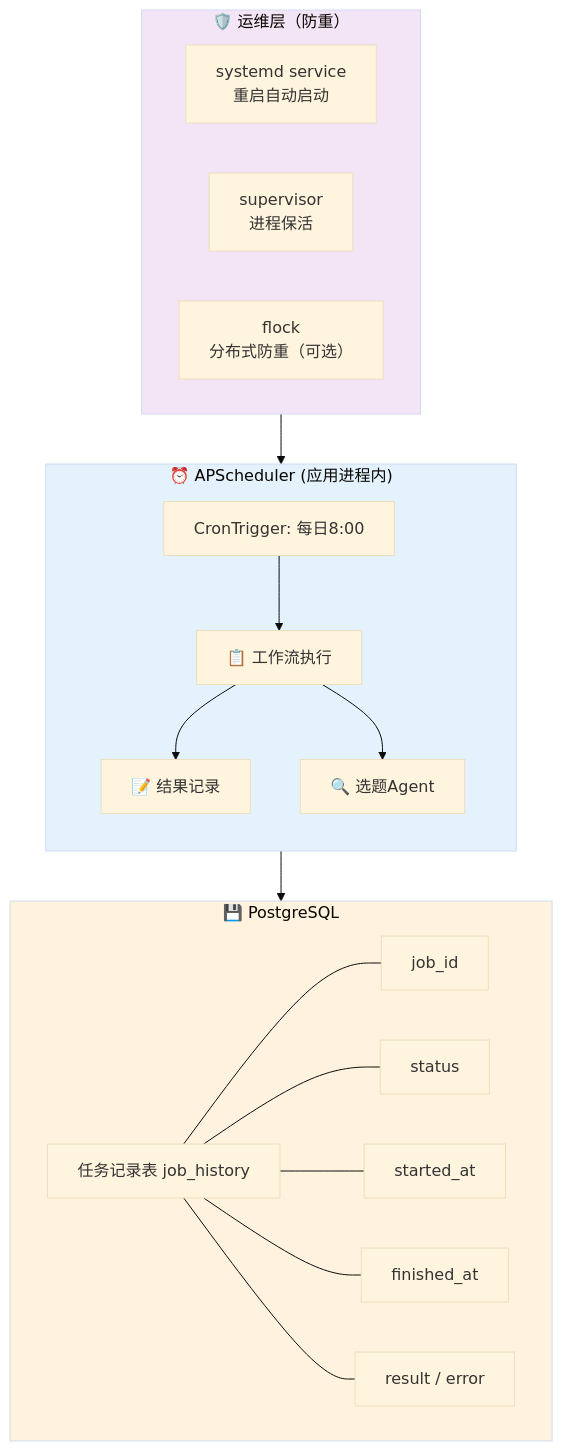
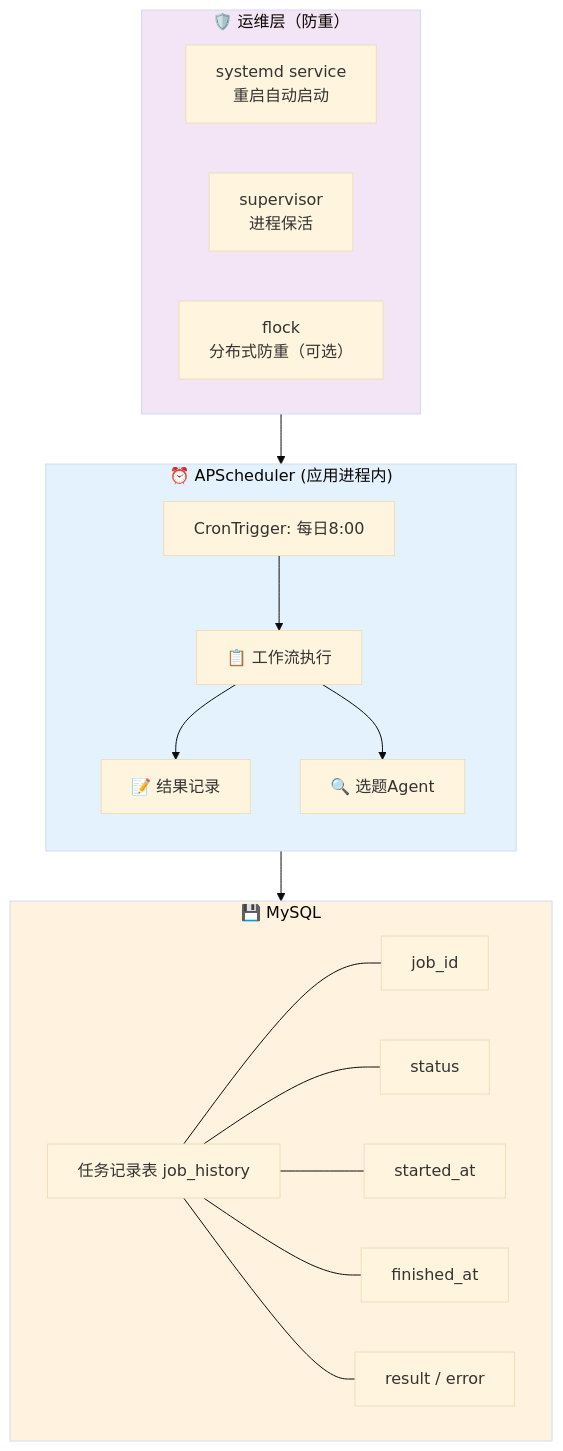
One commit to flyingsnowzz/Multi-Agent-Automatic-Operation-Website changed the first of 2 diagrams in 04-定时任务方案.md. Above: the diagram before and after it, drawn with Mermaid (base theme). The commit also changed 15 other files, not shown here.

````diff
--- a/04-定时任务方案.md
+++ b/04-定时任务方案.md
@@ -100,35 +100,35 @@
 ```mermaid
 flowchart TD
     subgraph SCHEDULER["⏰ APScheduler (应用进程内)"]
         direction TB
         CRON["CronTrigger: 每日8:00"]
         WORKFLOW_EXEC["📋 工作流执行"]
         RESULT_RECORD["📝 结果记录"]
 
         CRON --> WORKFLOW_EXEC --> RESULT_RECORD
         WORKFLOW_EXEC --> TOPIC["🔍 选题Agent"]
     end
 
-    subgraph DATABASE["💾 PostgreSQL"]
+    subgraph DATABASE["💾 MySQL"]
         JOB_HISTORY["任务记录表 job_history"]
         JOB_ID["job_id"]
         JOB_STATUS["status"]
         JOB_START["started_at"]
         JOB_END["finished_at"]
         JOB_RESULT["result / error"]
         JOB_HISTORY --- JOB_ID & JOB_STATUS & JOB_START & JOB_END & JOB_RESULT
     end
 
     subgraph OPS["🛡️ 运维层（防重）"]
         SYSTEMD["systemd service\n重启自动启动"]
         SUPERVISOR["supervisor\n进程保活"]
         FLOCK["flock\n分布式防重（可选）"]
     end
 
     RESULT_RECORD --> DATABASE
     OPS --> SCHEDULER
 
     style SCHEDULER fill:#e3f2fd
     style DATABASE fill:#fff3e0
     style OPS fill:#f3e5f5
 ```
````
